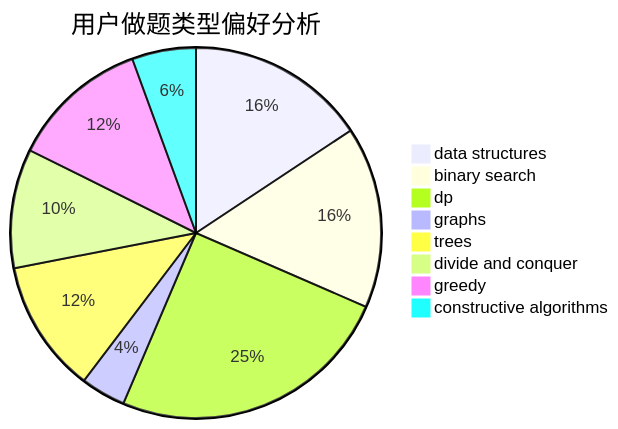
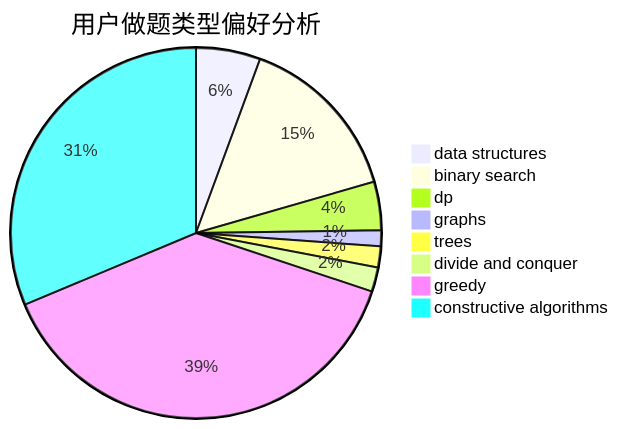
Before and after one commit to sherpahu/cfrs.github.io: the second of 3 diagrams in docs/user/u738.md, drawn with Mermaid. The commit also changed other lines of this file and 2770 other files, not shown here.

````diff
--- a/docs/user/u738.md
+++ b/docs/user/u738.md
@@ -23,11 +23,11 @@
 ```mermaid
 pie title 用户做题类型偏好分析
-    "data structures" :  104
-    "binary search" :  105
-    "dp" :  165
-    "graphs" :  26
-    "trees" :  77
-    "divide and conquer" :  69
-    "greedy" :  80
-    "constructive algorithms" :  37
+    "data structures" :  61
+    "binary search" :  162
+    "dp" :  46
+    "graphs" :  15
+    "trees" :  20
+    "divide and conquer" :  23
+    "greedy" :  419
+    "constructive algorithms" :  340
 ```
````
